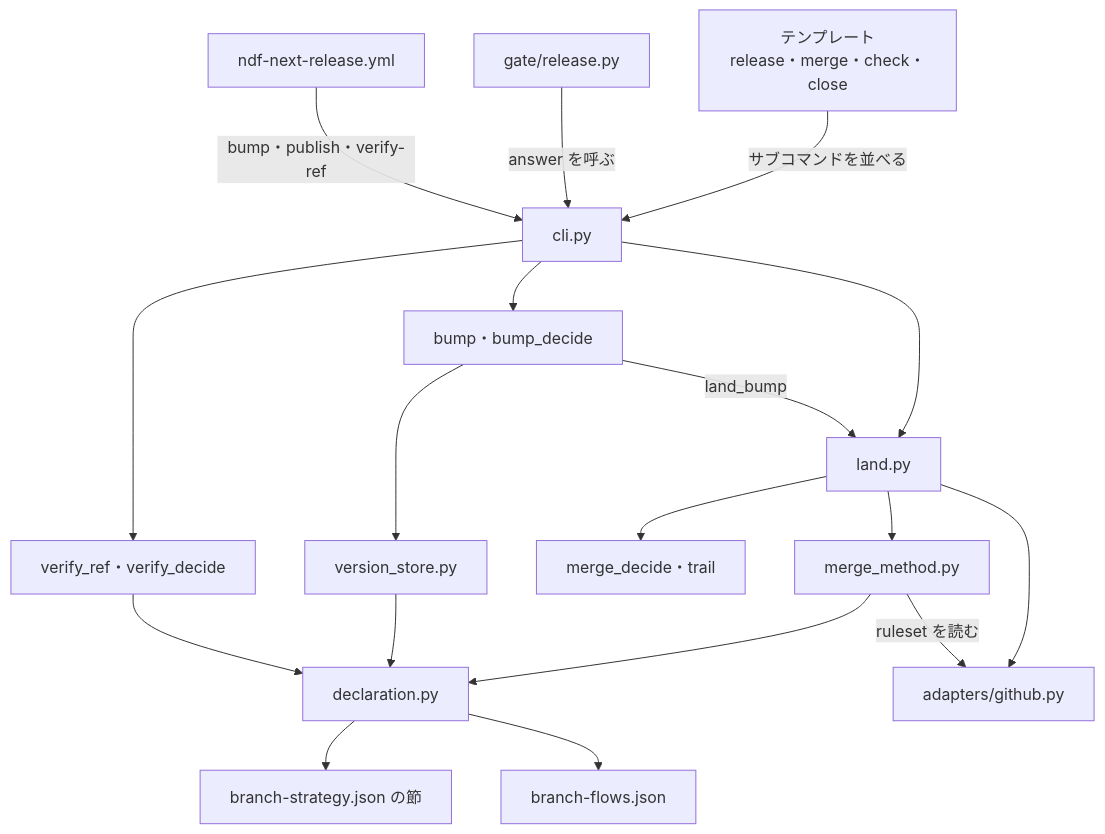
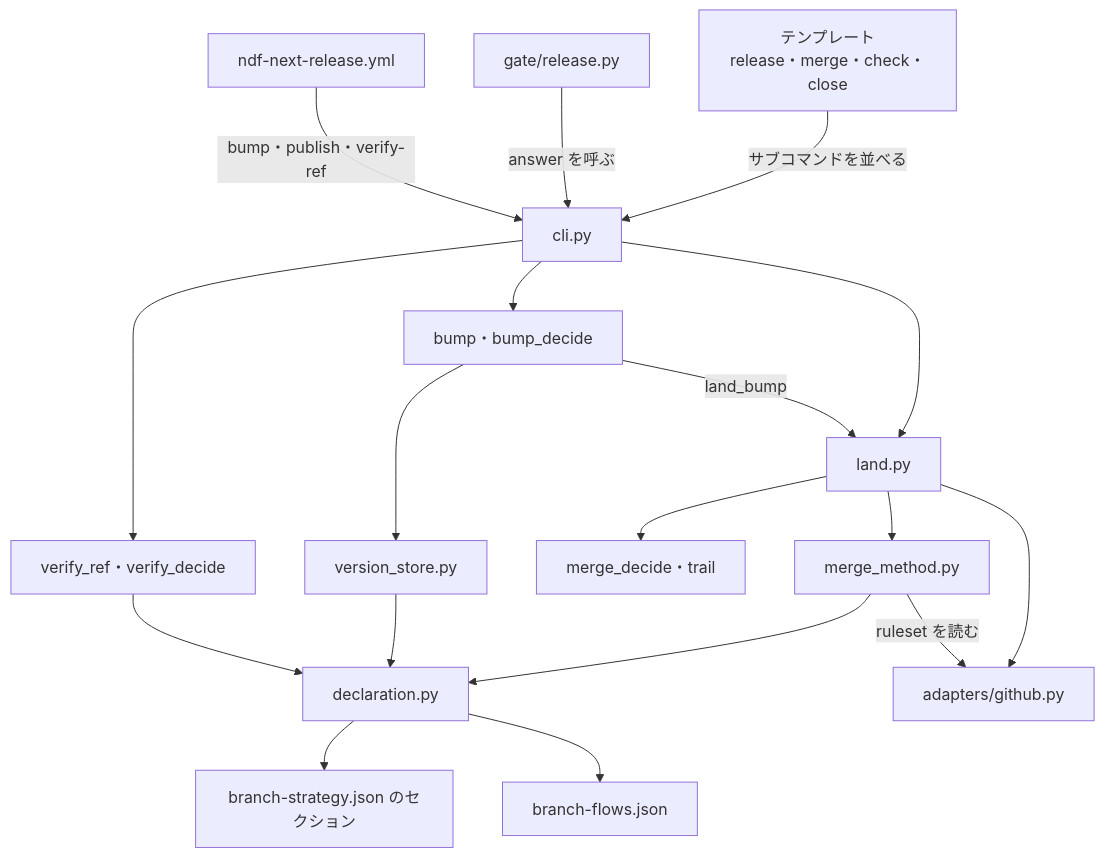
Before and after one commit to devbasex/ai-plugins: the first of 4 diagrams in issues/issue-3572-design.md, drawn with Mermaid. The commit also changed other lines of this file and 8 other files, not shown here.

````diff
--- a/issues/issue-3572-design.md
+++ b/issues/issue-3572-design.md
@@ -302,20 +302,20 @@
 ```mermaid
 graph TD
     TPL[テンプレート<br/>release・merge・check・close] -->|サブコマンドを並べる| C[cli.py]
     G[gate/release.py] -->|answer を呼ぶ| C
     W[ndf-next-release.yml] -->|bump・publish・verify-ref| C
     C --> L[land.py]
     C --> B[bump・bump_decide]
     C --> V[verify_ref・verify_decide]
     L --> MM[merge_method.py]
     L --> MD[merge_decide・trail]
     B --> VS[version_store.py]
     B -->|land_bump| L
     MM --> D[declaration.py]
     VS --> D
     V --> D
-    D --> S[branch-strategy.json の節]
+    D --> S[branch-strategy.json のセクション]
     D --> F[branch-flows.json]
     L --> GH[adapters/github.py]
     MM -->|ruleset を読む| GH
 ```
````
